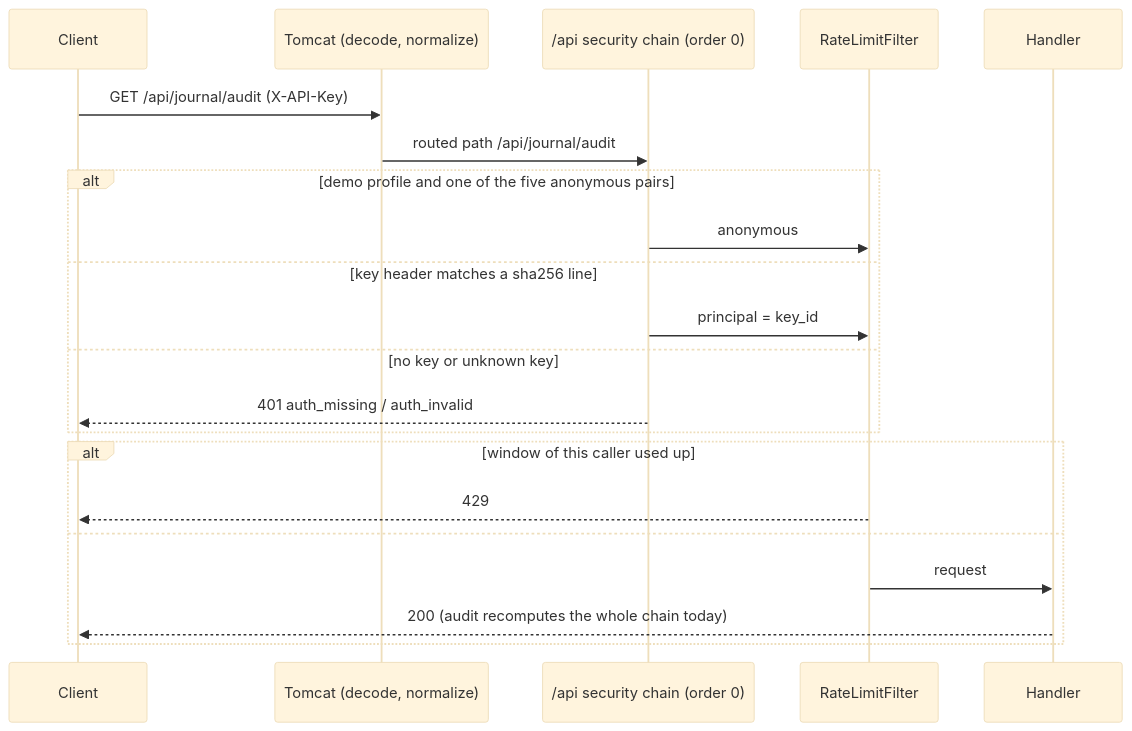
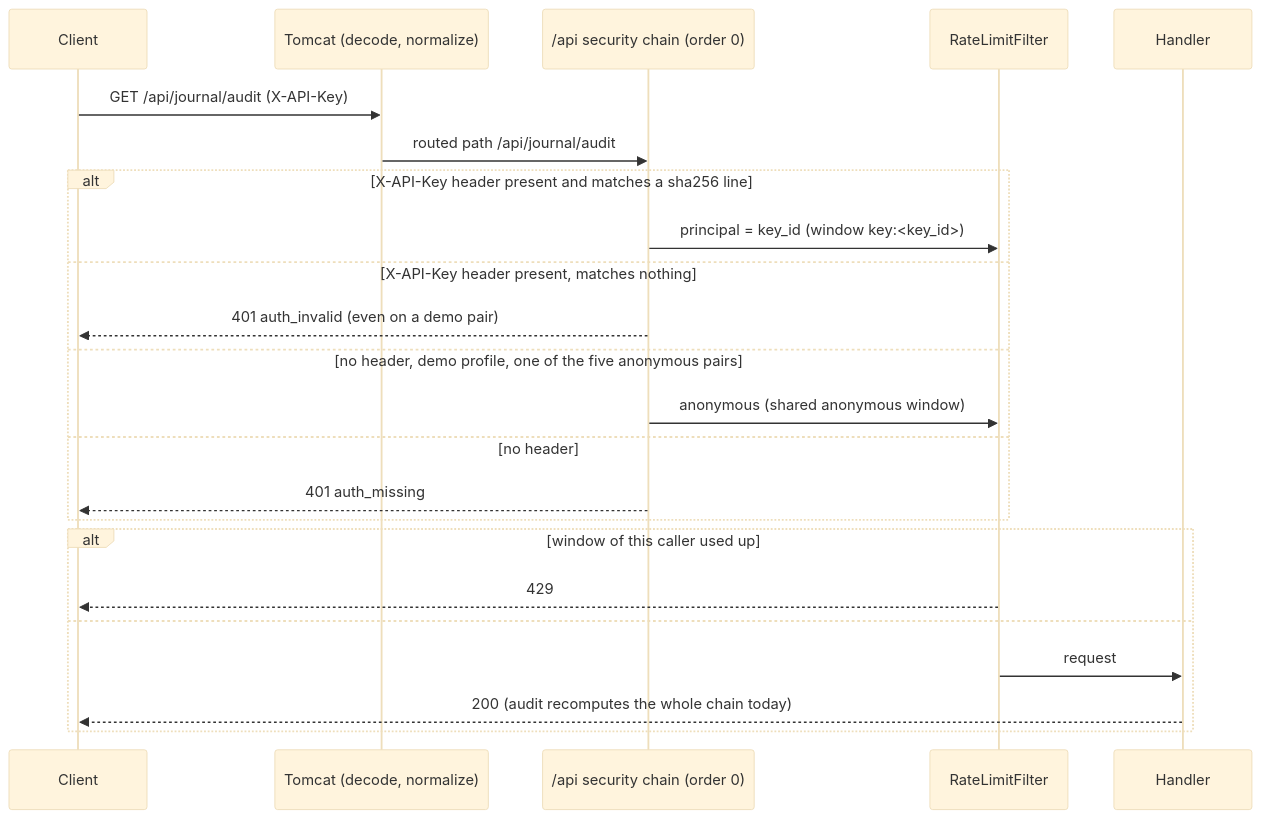
The first of 2 diagrams in docs/adr/0004-api-key-auth-and-bounded-audit.md (juanfranpaezz/ledgermind), drawn with Mermaid (base theme) before and after one commit. The commit also changed other lines of this file and 9 other files, not shown here.

````diff
--- a/docs/adr/0004-api-key-auth-and-bounded-audit.md
+++ b/docs/adr/0004-api-key-auth-and-bounded-audit.md
@@ -69,23 +71,25 @@
 ```mermaid
 sequenceDiagram
     participant C as Client
     participant T as Tomcat (decode, normalize)
     participant S as /api security chain (order 0)
     participant R as RateLimitFilter
     participant H as Handler
     C->>T: GET /api/journal/audit (X-API-Key)
     T->>S: routed path /api/journal/audit
-    alt demo profile and one of the five anonymous pairs
-        S->>R: anonymous
-    else key header matches a sha256 line
-        S->>R: principal = key_id
-    else no key or unknown key
-        S-->>C: 401 auth_missing / auth_invalid
+    alt X-API-Key header present and matches a sha256 line
+        S->>R: principal = key_id (window key:<key_id>)
+    else X-API-Key header present, matches nothing
+        S-->>C: 401 auth_invalid (even on a demo pair)
+    else no header, demo profile, one of the five anonymous pairs
+        S->>R: anonymous (shared anonymous window)
+    else no header
+        S-->>C: 401 auth_missing
     end
     alt window of this caller used up
         R-->>C: 429
     else
         R->>H: request
         H-->>C: 200 (audit recomputes the whole chain today)
     end
 ```
````
